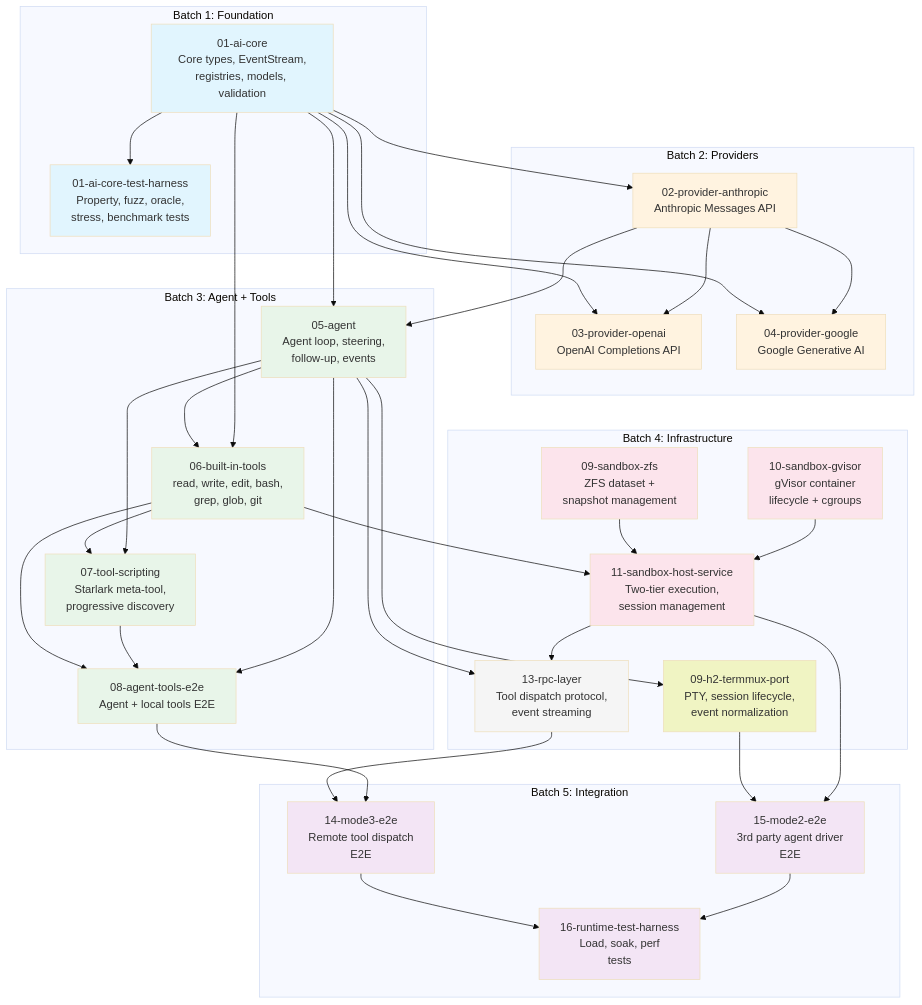
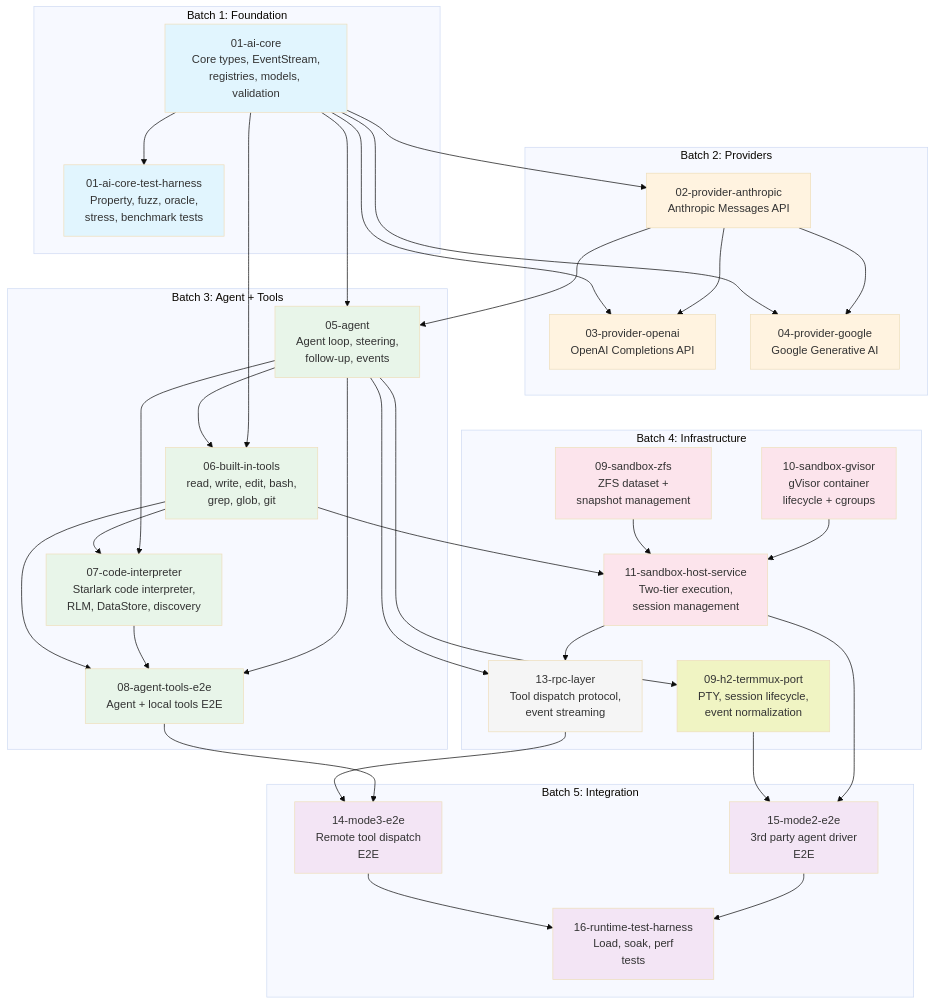
The diagram in docs/plans/00-plan-index.md (dcosson/flex-agent-runtime), drawn with Mermaid (base theme) before and after one commit. The commit also changed other lines of this file and 9 other files, not shown here.

First line of the commit message:
Rewrite 07-tool-scripting as 07-code-interpreter with expanded capabilities

````diff
--- a/docs/plans/00-plan-index.md
+++ b/docs/plans/00-plan-index.md
@@ -83,82 +83,82 @@
 ```mermaid
 graph TD
     subgraph "Batch 1: Foundation"
         A[01-ai-core<br/>Core types, EventStream,<br/>registries, models, validation]
         AH[01-ai-core-test-harness<br/>Property, fuzz, oracle,<br/>stress, benchmark tests]
     end
 
     subgraph "Batch 2: Providers"
         B[02-provider-anthropic<br/>Anthropic Messages API]
         C[03-provider-openai<br/>OpenAI Completions API]
         D[04-provider-google<br/>Google Generative AI]
     end
 
     subgraph "Batch 3: Agent + Tools"
         E[05-agent<br/>Agent loop, steering,<br/>follow-up, events]
         F[06-built-in-tools<br/>read, write, edit, bash,<br/>grep, glob, git]
-        G[07-tool-scripting<br/>Starlark meta-tool,<br/>progressive discovery]
+        G[07-code-interpreter<br/>Starlark code interpreter,<br/>RLM, DataStore, discovery]
         H[08-agent-tools-e2e<br/>Agent + local tools E2E]
     end
 
     subgraph "Batch 4: Infrastructure"
         I[09-sandbox-zfs<br/>ZFS dataset +<br/>snapshot management]
         J[10-sandbox-gvisor<br/>gVisor container<br/>lifecycle + cgroups]
         K[11-sandbox-host-service<br/>Two-tier execution,<br/>session management]
         L[09-h2-termmux-port<br/>PTY, session lifecycle,<br/>event normalization]
         M[13-rpc-layer<br/>Tool dispatch protocol,<br/>event streaming]
     end
 
     subgraph "Batch 5: Integration"
         N[14-mode3-e2e<br/>Remote tool dispatch<br/>E2E]
         O[15-mode2-e2e<br/>3rd party agent driver<br/>E2E]
         P[16-runtime-test-harness<br/>Load, soak, perf<br/>tests]
     end
 
     A --> AH
     A --> B
     A --> C
     A --> D
     B --> C
     B --> D
     B --> E
     A --> E
     E --> F
     A --> F
     F --> G
     E --> G
     F --> H
     G --> H
     E --> H
 
     I --> K
     J --> K
     F --> K
     E --> L
     K --> M
     E --> M
 
     M --> N
     H --> N
     L --> O
     K --> O
     N --> P
     O --> P
 
     style A fill:#e1f5fe
     style AH fill:#e1f5fe
     style B fill:#fff3e0
     style C fill:#fff3e0
     style D fill:#fff3e0
     style E fill:#e8f5e9
     style F fill:#e8f5e9
     style G fill:#e8f5e9
     style H fill:#e8f5e9
     style I fill:#fce4ec
     style J fill:#fce4ec
     style K fill:#fce4ec
     style L fill:#f0f4c3
     style M fill:#f5f5f5
     style N fill:#f3e5f5
     style O fill:#f3e5f5
     style P fill:#f3e5f5
 ```
````
